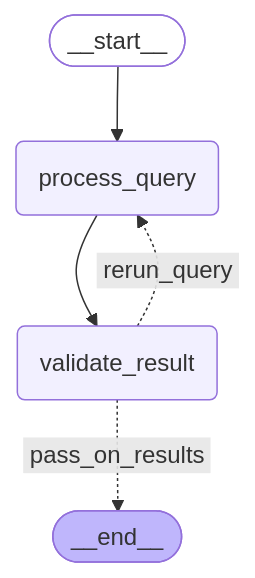
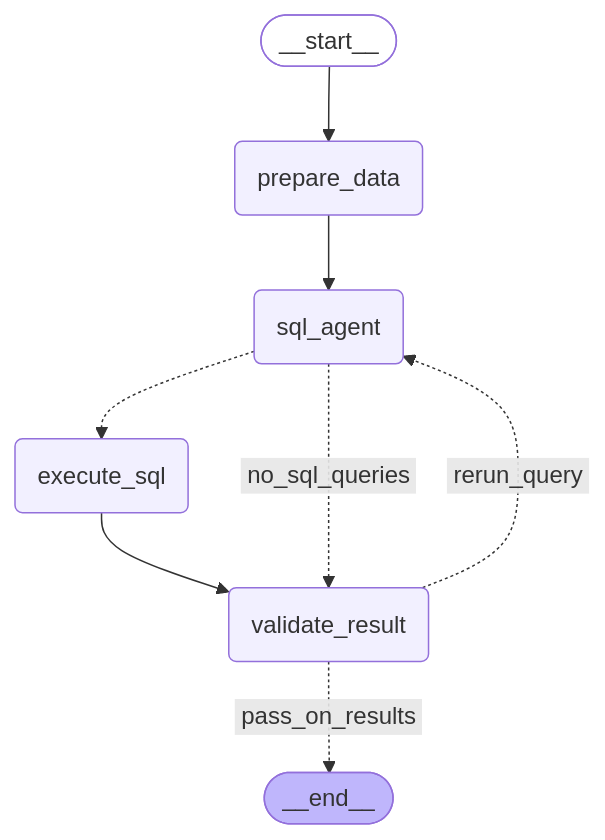
The diagram in chat-server/app/workflow/graph/graph_mermaid/single_dataset_graph.mmd (factly/gopie), drawn with Mermaid before and after one commit. The commit also changed 153 other files, not shown here.

```diff
--- a/chat-server/app/workflow/graph/graph_mermaid/single_dataset_graph.mmd
+++ b/chat-server/app/workflow/graph/graph_mermaid/single_dataset_graph.mmd
@@ -1,17 +1,22 @@
 ---
 config:
   flowchart:
     curve: basis
 ---
 graph TD;
 	__start__([<p>__start__</p>]):::first
-	process_query(process_query)
+	prepare_data(prepare_data)
+	sql_agent(sql_agent)
+	execute_sql(execute_sql)
 	validate_result(validate_result)
 	__end__([<p>__end__</p>]):::last
-	__start__ --> process_query;
-	process_query --> validate_result;
+	__start__ --> prepare_data;
+	execute_sql --> validate_result;
+	prepare_data --> sql_agent;
+	sql_agent -.-> execute_sql;
+	sql_agent -. &nbsp;no_sql_queries&nbsp; .-> validate_result;
 	validate_result -. &nbsp;pass_on_results&nbsp; .-> __end__;
-	validate_result -. &nbsp;rerun_query&nbsp; .-> process_query;
+	validate_result -. &nbsp;rerun_query&nbsp; .-> sql_agent;
 	classDef default fill:#f2f0ff,line-height:1.2
 	classDef first fill-opacity:0
 	classDef last fill:#bfb6fc
```
